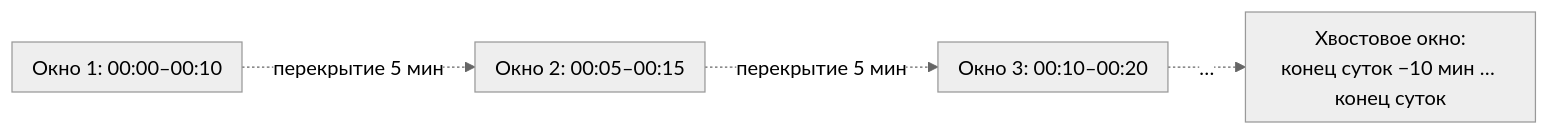
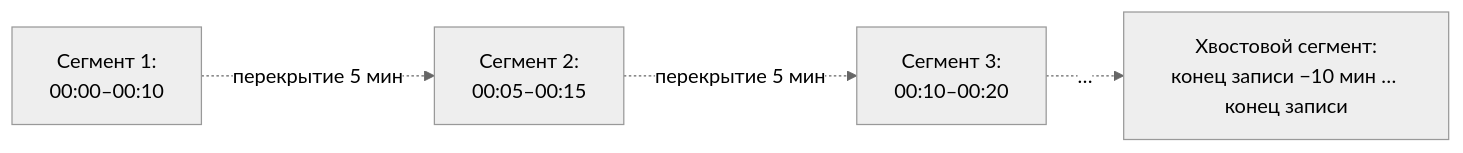
The sixth of 13 diagrams in docs/doc-physical.md (ruhose73/FastEQT), drawn with Mermaid (neutral theme) before and after one commit. The commit also changed other lines of this file, not shown here.

````diff
--- a/docs/doc-physical.md
+++ b/docs/doc-physical.md
@@ -178,14 +212,6 @@
 ```mermaid
 flowchart LR
-    subgraph W1["Окно 1: 00:00–00:10"]
-    end
-    subgraph W2["Окно 2: 00:05–00:15"]
-    end
-    subgraph W3["Окно 3: 00:10–00:20"]
-    end
-    subgraph W4["Хвостовое окно:<br/>конец суток −10 мин … конец суток"]
-    end
-    W1 -. "перекрытие 5 мин" .-> W2
-    W2 -. "перекрытие 5 мин" .-> W3
-    W3 -. "…" .-> W4
+    W1["Сегмент 1:<br/>00:00–00:10"] -. "перекрытие 5 мин" .-> W2["Сегмент 2:<br/>00:05–00:15"]
+    W2 -. "перекрытие 5 мин" .-> W3["Сегмент 3:<br/>00:10–00:20"]
+    W3 -. "…" .-> W4["Хвостовой сегмент:<br/>конец записи −10 мин … конец записи"]
 ```
````
